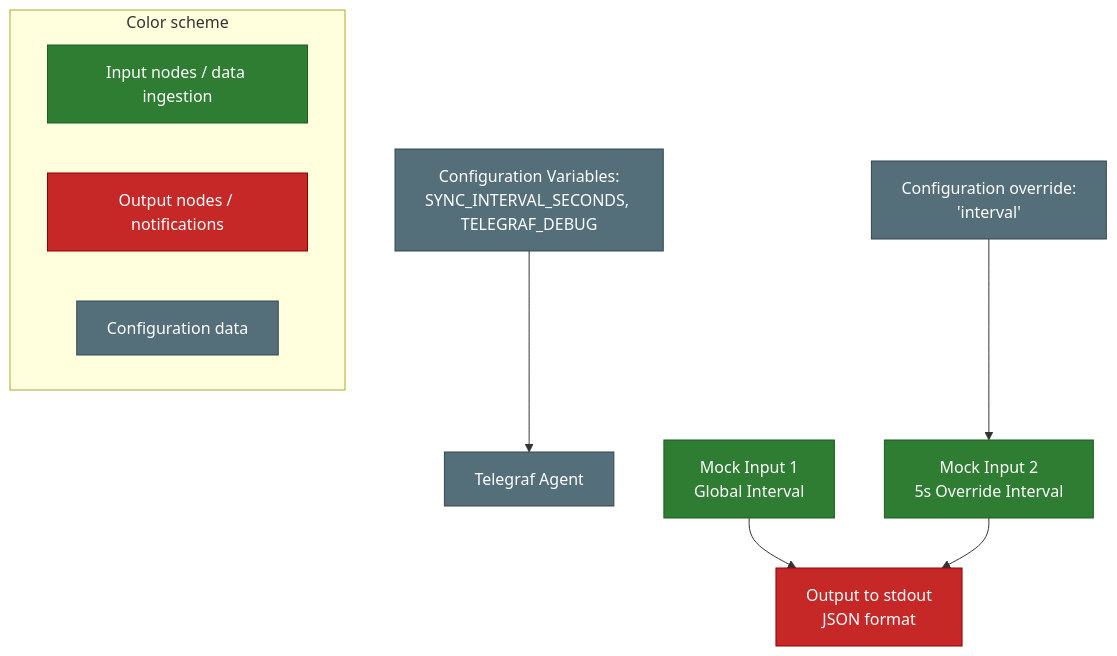
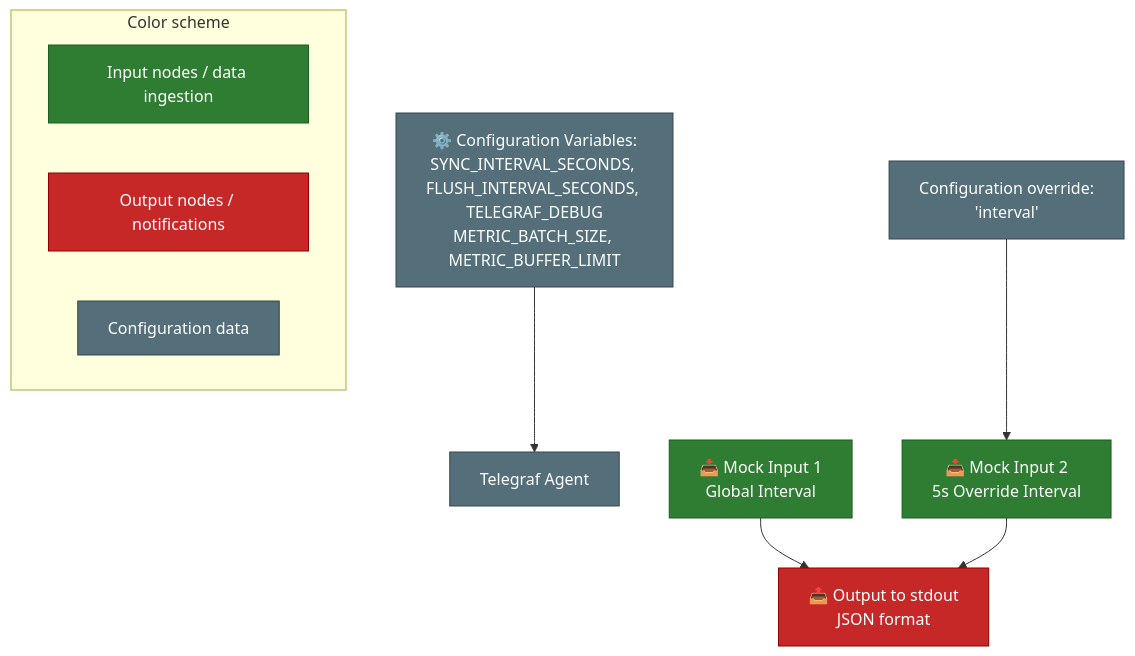
One commit to fixedit-ai/fixedit-data-agent-examples changed the diagram in project-hello-world/README.md. Above: the diagram before and after it, drawn with Mermaid. The commit also changed other lines of this file, not shown here.

Commit message:
Update README.md
Restore environment variables and emojis in Mermaid diagram
The diagram should only change colors. The environment variables and emojis are now the same as in the original.

````diff
--- a/project-hello-world/README.md
+++ b/project-hello-world/README.md
@@ -9,26 +9,26 @@
 ```mermaid
 flowchart TD
-    X0["Configuration Variables:<br/>SYNC_INTERVAL_SECONDS, TELEGRAF_DEBUG"] --> X1
+    X0["⚙️ Configuration Variables:<br/>SYNC_INTERVAL_SECONDS, FLUSH_INTERVAL_SECONDS, TELEGRAF_DEBUG<br/>METRIC_BATCH_SIZE, METRIC_BUFFER_LIMIT"] --> X1
     X1["Telegraf Agent"]
 
     X2["Configuration override:<br/>'interval'"] --> A2
 
-    A1["Mock Input 1<br/>Global Interval"] --> C
-    A2["Mock Input 2<br/>5s Override Interval"] --> C
-    C["Output to stdout<br/>JSON format"]
+    A1["📥 Mock Input 1<br/>Global Interval"] --> C
+    A2["📥 Mock Input 2<br/>5s Override Interval"] --> C
+    C["📤 Output to stdout<br/>JSON format"]
 
     subgraph Legend["Color scheme"]
         direction LR
         L1["Input nodes / data ingestion"]
         L2["Output nodes / notifications"]
         L3["Configuration data"]
     end
 
     classDef config fill:#546e7a,stroke:#37474f,color:#ffffff
     classDef input fill:#2e7d32,stroke:#1b5e20,color:#ffffff
     classDef output fill:#c62828,stroke:#8e0000,color:#ffffff
 
     class X0,X1,X2,L3 config
     class A1,A2,L1 input
     class C,L2 output
 ```
````
